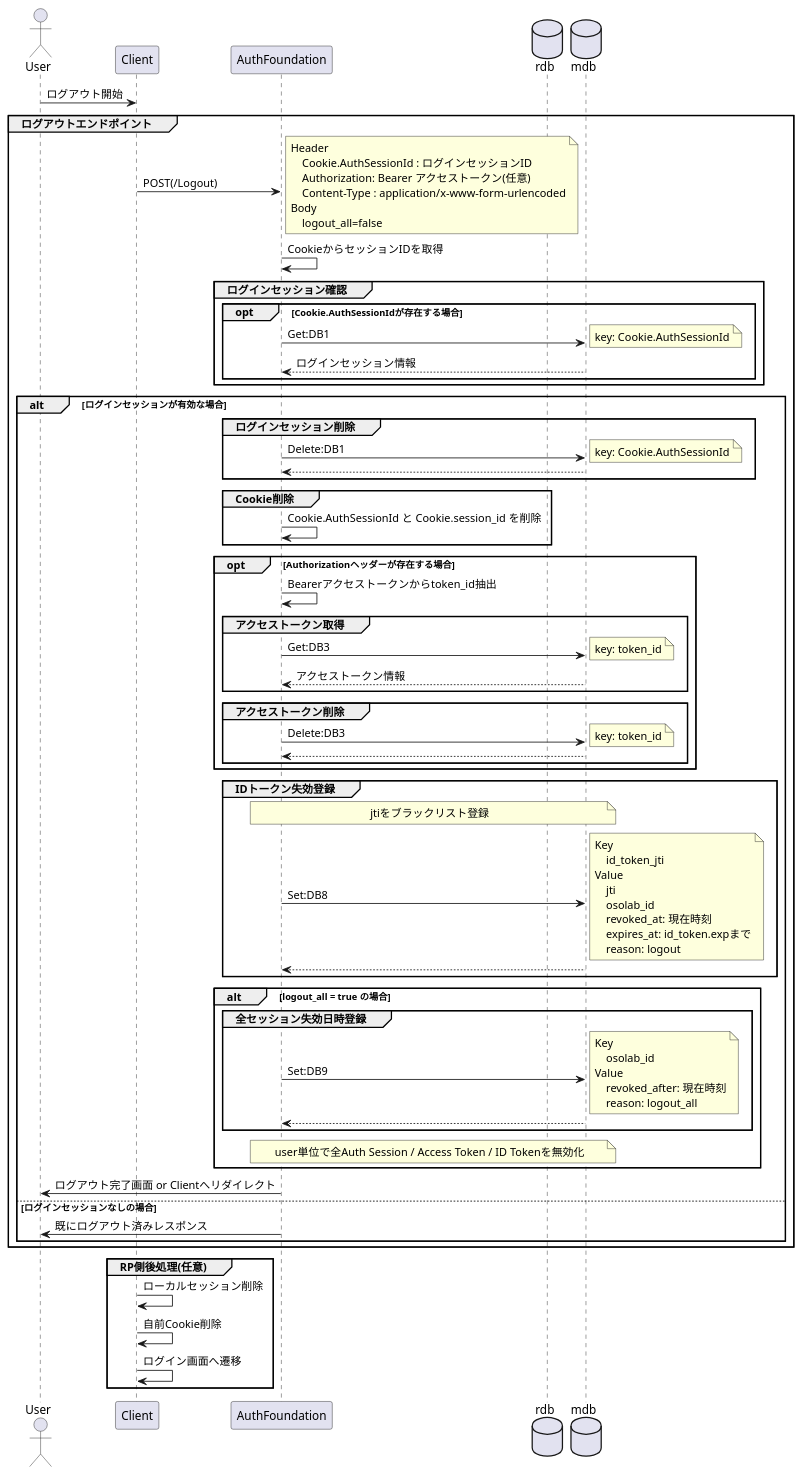
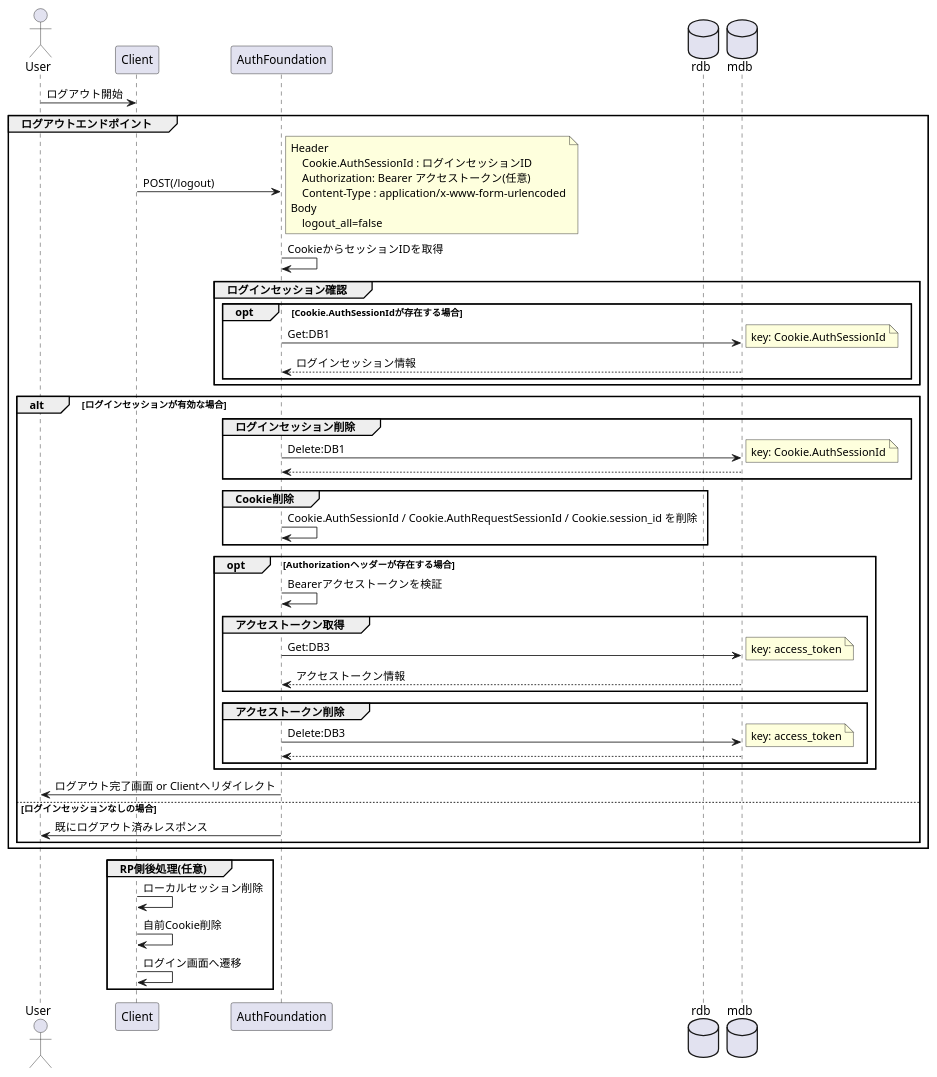
One commit to OsolabAuth/AuthDoc changed the diagram in Architecture/AuthFlow/SignOut.md. Above: the diagram before and after it, drawn with PlantUML. The commit also changed other lines of this file and 26 other files, not shown here.

```diff
--- a/Architecture/AuthFlow/SignOut.md
+++ b/Architecture/AuthFlow/SignOut.md
@@ -16,7 +16,7 @@
 User -> Client : ログアウト開始
 
 group ログアウトエンドポイント
-    Client -> auth : POST(/Logout)
+    Client -> auth : POST(/logout)
     note right
         Header
             Cookie.AuthSessionId : ログインセッションID
@@ -49,16 +49,16 @@
         end
 
         group Cookie削除
-            auth -> auth : Cookie.AuthSessionId と Cookie.session_id を削除
+            auth -> auth : Cookie.AuthSessionId / Cookie.AuthRequestSessionId / Cookie.session_id を削除
         end
 
         opt Authorizationヘッダーが存在する場合
-            auth -> auth : Bearerアクセストークンからtoken_id抽出
+            auth -> auth : Bearerアクセストークンを検証
 
             group アクセストークン取得
                 auth -> mdb : Get:DB3
                 note right
-                    key: token_id
+                    key: access_token
                 end note
                 auth <-- mdb : アクセストークン情報
             end
@@ -66,48 +66,10 @@
             group アクセストークン削除
                 auth -> mdb : Delete:DB3
                 note right
-                    key: token_id
+                    key: access_token
                 end note
                 auth <-- mdb
             end
-        end
-
-        group IDトークン失効登録
-            note over auth,mdb
-                jtiをブラックリスト登録
-            end note
-            auth -> mdb : Set:DB8
-            note right
-                Key
-                    id_token_jti
-                Value
-                    jti
-                    osolab_id
-                    revoked_at: 現在時刻
-                    expires_at: id_token.expまで
-                    reason: logout
-            end note
-            auth <-- mdb
-        end
-
-        alt logout_all = true の場合
-
-            group 全セッション失効日時登録
-                auth -> mdb : Set:DB9
-                note right
-                    Key
-                        osolab_id
-                    Value
-                        revoked_after: 現在時刻
-                        reason: logout_all
-                end note
-                auth <-- mdb
-            end
-
-            note over auth,mdb
-                user単位で全Auth Session / Access Token / ID Tokenを無効化
-            end note
-
         end
 
         User <- auth : ログアウト完了画面 or Clientへリダイレクト
```
